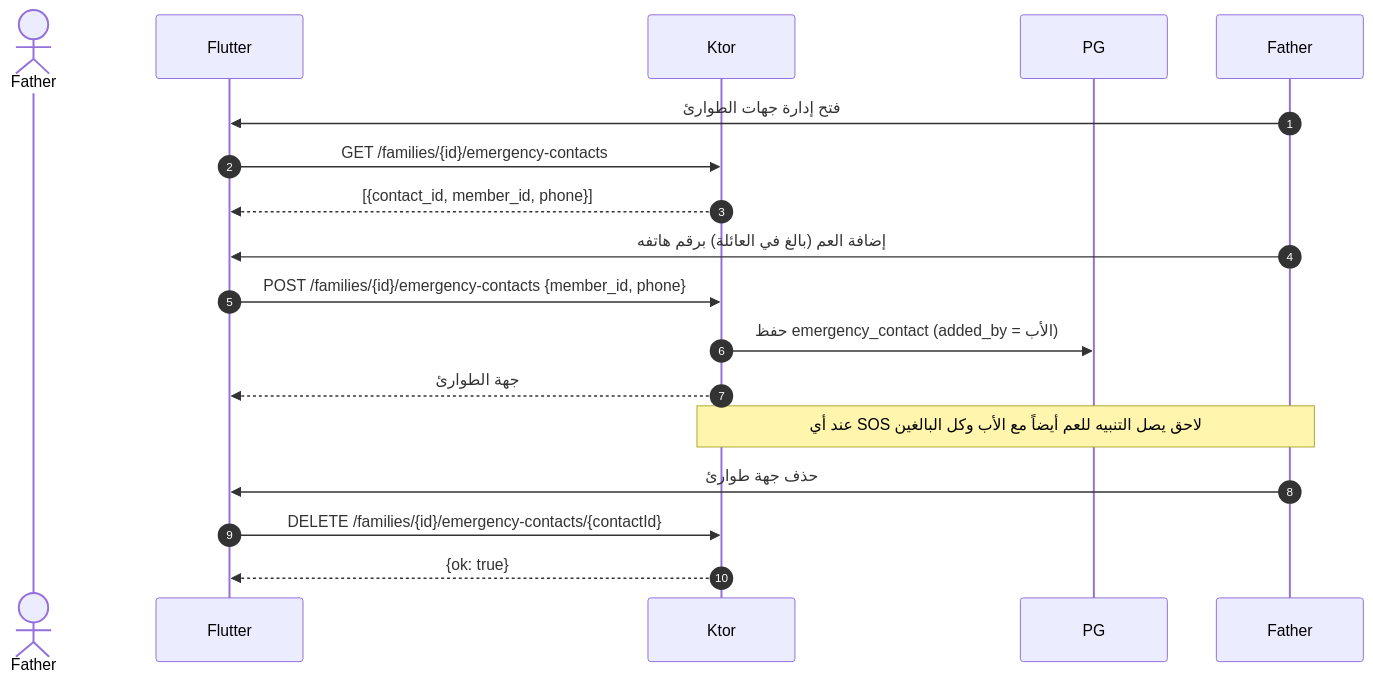
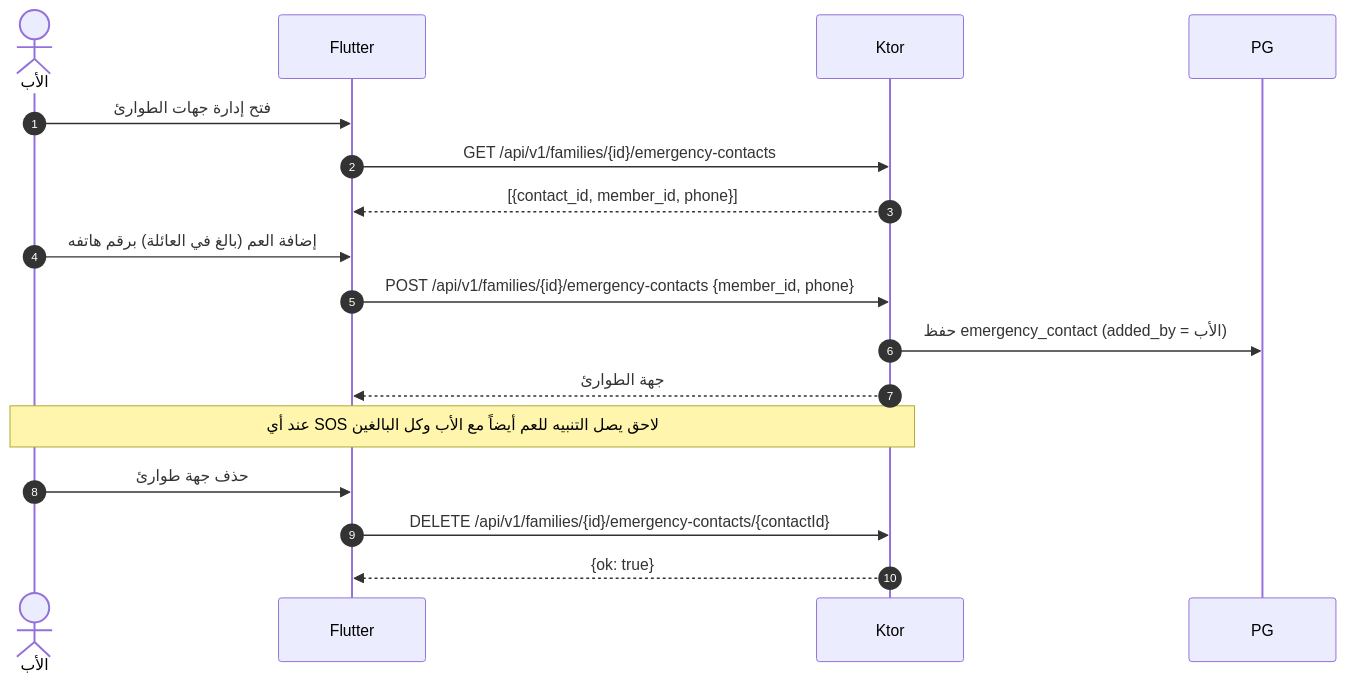
The eighth of 13 diagrams in docs/family-os/governance/phases/phase-1/S1-07-location-basic/DIAGRAMS.md (Bassam-mohammed-alqaeadi/family-os-v2), drawn with Mermaid before and after one commit. The commit also changed other lines of this file and 10 other files, not shown here.

Commit message:
إغلاق المراجعة الشاملة R1–R5 (Q-196…Q-231) — المخططات DIAGRAMS + خريطة السياق (2/4)

````diff
--- a/docs/family-os/governance/phases/phase-1/S1-07-location-basic/DIAGRAMS.md
+++ b/docs/family-os/governance/phases/phase-1/S1-07-location-basic/DIAGRAMS.md
@@ -281,19 +280,19 @@
 ```mermaid
 sequenceDiagram
     autonumber
-    actor الأب as Father
+    actor Father as الأب
     participant التطبيق as Flutter
     participant الخادم as Ktor
     participant المخزن as PG
     Father->>التطبيق: فتح إدارة جهات الطوارئ
-    التطبيق->>الخادم: GET /families/{id}/emergency-contacts
+    التطبيق->>الخادم: GET /api/v1/families/{id}/emergency-contacts
     الخادم-->>التطبيق: [{contact_id, member_id, phone}]
     Father->>التطبيق: إضافة العم (بالغ في العائلة) برقم هاتفه
-    التطبيق->>الخادم: POST /families/{id}/emergency-contacts {member_id, phone}
+    التطبيق->>الخادم: POST /api/v1/families/{id}/emergency-contacts {member_id, phone}
     الخادم->>المخزن: حفظ emergency_contact (added_by = الأب)
     الخادم-->>التطبيق: جهة الطوارئ
     Note over Father,الخادم: عند أي SOS لاحق يصل التنبيه للعم أيضاً مع الأب وكل البالغين
     Father->>التطبيق: حذف جهة طوارئ
-    التطبيق->>الخادم: DELETE /families/{id}/emergency-contacts/{contactId}
+    التطبيق->>الخادم: DELETE /api/v1/families/{id}/emergency-contacts/{contactId}
     الخادم-->>التطبيق: {ok: true}
 ```
````
